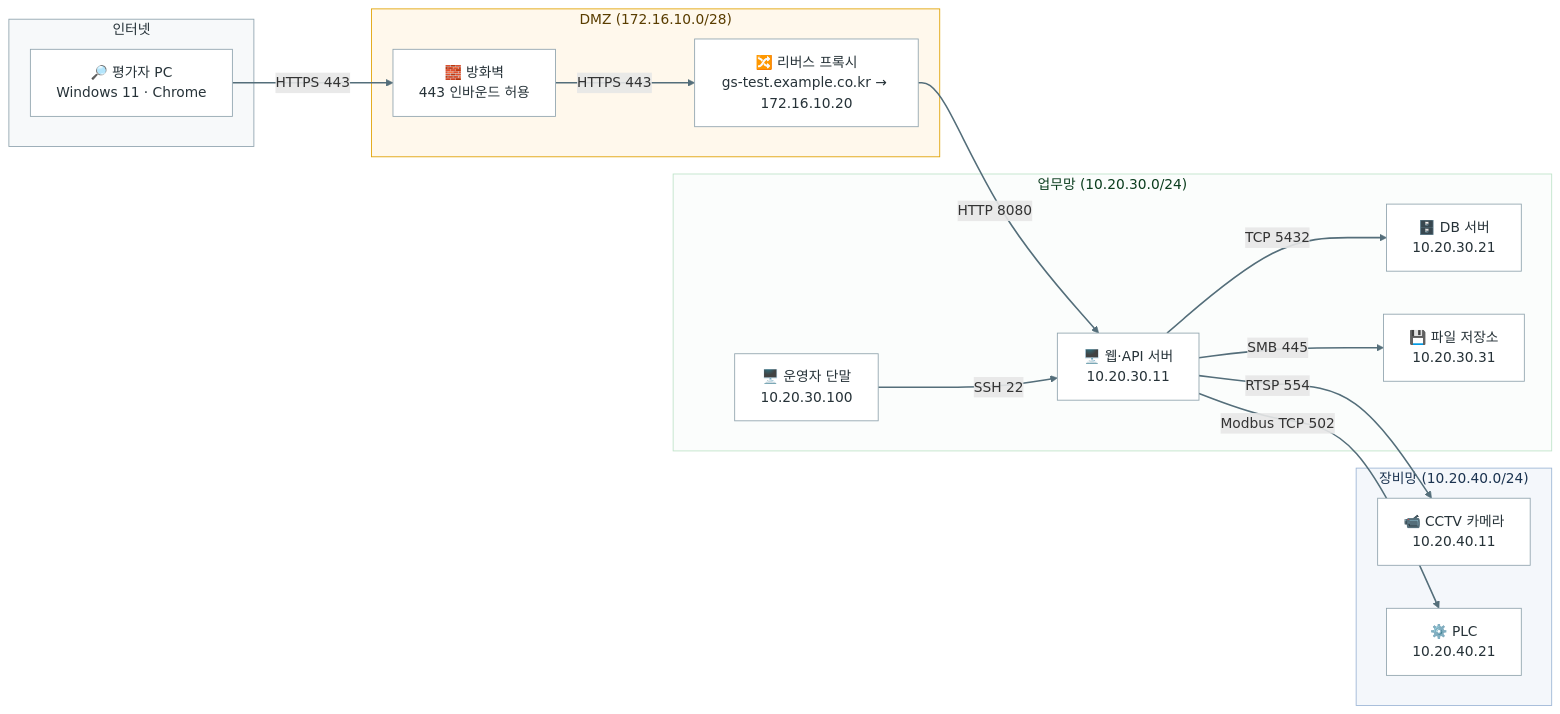
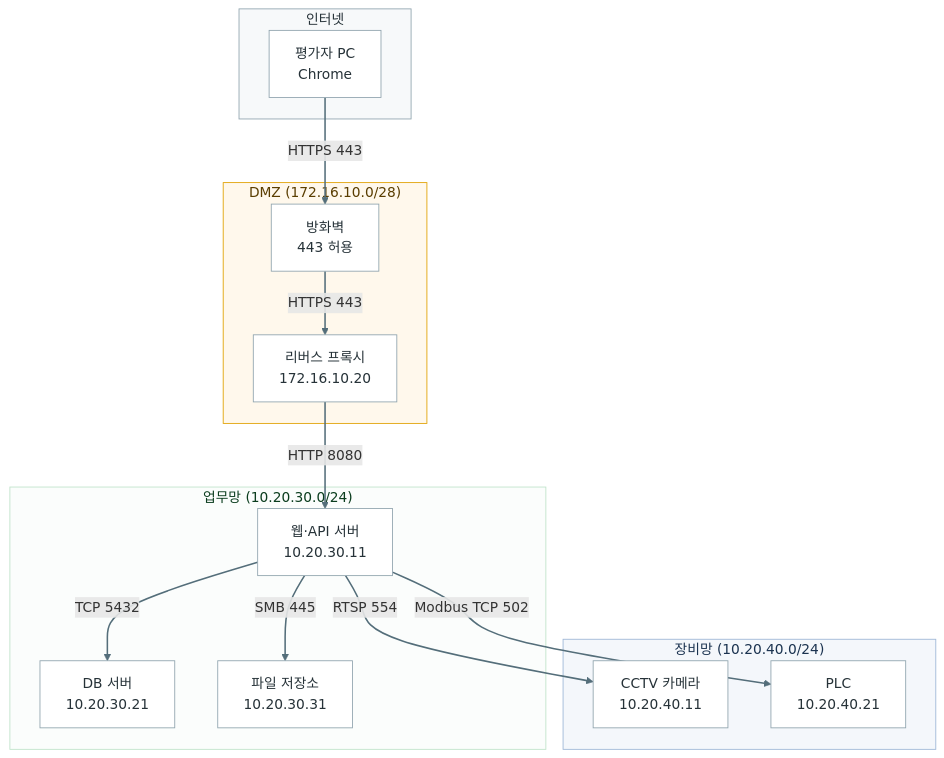
The diagram in templates/test-env-diagram.md (visualxock-lab/gs-cert-guide-kr), drawn with Mermaid before and after one commit. The commit also changed other lines of this file, not shown here.

Commit message:
시험환경 도표를 세로 밴드(TB)로 다시 그려 GitHub 렌더링 가독성 개선

````diff
--- a/templates/test-env-diagram.md
+++ b/templates/test-env-diagram.md
@@ -72,37 +72,35 @@
 ```mermaid
-flowchart LR
+flowchart TB
   subgraph NET["인터넷"]
-    EVAL["🔎 평가자 PC<br/>Windows 11 · Chrome"]
+    EVAL["평가자 PC<br/>Chrome"]
   end
   subgraph DMZ["DMZ (172.16.10.0/28)"]
-    FW["🧱 방화벽<br/>443 인바운드 허용"]
-    PROXY["🔀 리버스 프록시<br/>gs-test.example.co.kr → 172.16.10.20"]
+    FW["방화벽<br/>443 허용"]
+    PROXY["리버스 프록시<br/>172.16.10.20"]
   end
   subgraph APP["업무망 (10.20.30.0/24)"]
-    WEB["🖥️ 웹·API 서버<br/>10.20.30.11"]
-    DB["🗄️ DB 서버<br/>10.20.30.21"]
-    FILE["💾 파일 저장소<br/>10.20.30.31"]
-    OPS["🖥️ 운영자 단말<br/>10.20.30.100"]
+    WEB["웹·API 서버<br/>10.20.30.11"]
+    DB["DB 서버<br/>10.20.30.21"]
+    FILE["파일 저장소<br/>10.20.30.31"]
   end
   subgraph DEV["장비망 (10.20.40.0/24)"]
-    CAM["📹 CCTV 카메라<br/>10.20.40.11"]
-    PLC["⚙️ PLC<br/>10.20.40.21"]
+    CAM["CCTV 카메라<br/>10.20.40.11"]
+    PLC["PLC<br/>10.20.40.21"]
   end
 
   EVAL -->|"HTTPS 443"| FW
   FW -->|"HTTPS 443"| PROXY
   PROXY -->|"HTTP 8080"| WEB
   WEB -->|"TCP 5432"| DB
   WEB -->|"SMB 445"| FILE
-  OPS -->|"SSH 22"| WEB
   WEB -->|"RTSP 554"| CAM
   WEB -->|"Modbus TCP 502"| PLC
 
   style NET fill:#f7f9fa,stroke:#90a4ae,color:#263238
   style DMZ fill:#fff8ec,stroke:#e0a100,color:#5a3d00
   style APP fill:#fbfdfc,stroke:#bfe3c9,color:#0b3d1e
   style DEV fill:#f4f7fb,stroke:#9db6d6,color:#1b3350
   classDef dev fill:#ffffff,stroke:#90a4ae,color:#263238
-  class EVAL,FW,PROXY,WEB,DB,FILE,OPS,CAM,PLC dev
+  class EVAL,FW,PROXY,WEB,DB,FILE,CAM,PLC dev
   linkStyle default stroke:#546e7a,stroke-width:1.8px
 ```
````
